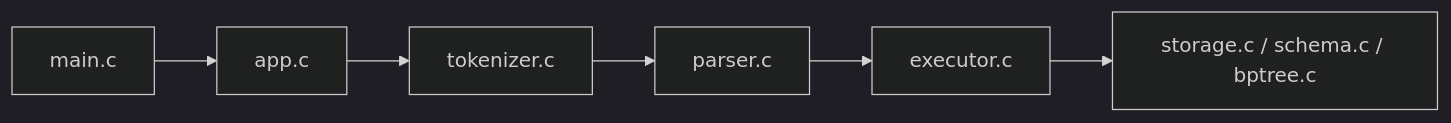
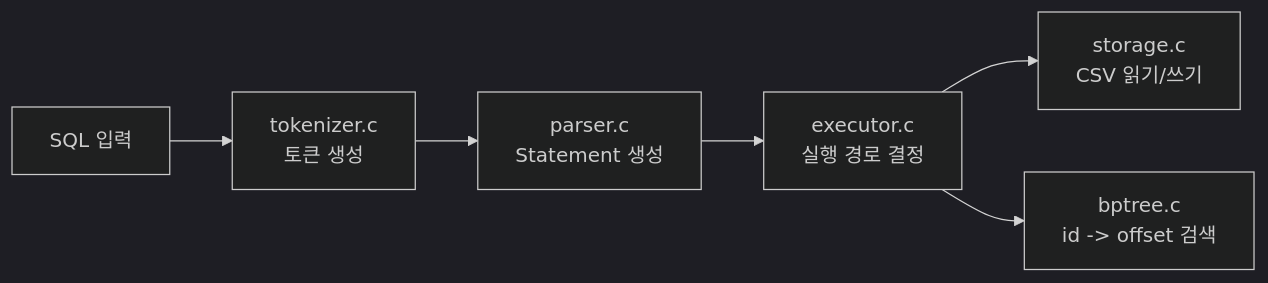
One commit to Jungle-12-303/week7-02-sql-index changed the first of 3 diagrams in README.md. Above: the diagram before and after it, drawn with Mermaid (dark theme). The commit also changed other lines of this file and 2 other files, not shown here.

````diff
--- a/README.md
+++ b/README.md
@@ -91,8 +35,8 @@
 ```mermaid
 flowchart LR
-    A["main.c"] --> B["app.c"]
-    B --> C["tokenizer.c"]
-    C --> D["parser.c"]
-    D --> E["executor.c"]
-    E --> F["storage.c / schema.c / bptree.c"]
+    A["SQL 입력"] --> B["tokenizer.c<br/>토큰 생성"]
+    B --> C["parser.c<br/>Statement 생성"]
+    C --> D["executor.c<br/>실행 경로 결정"]
+    D --> E["storage.c<br/>CSV 읽기/쓰기"]
+    D --> F["bptree.c<br/>id -> offset 검색"]
 ```
````
